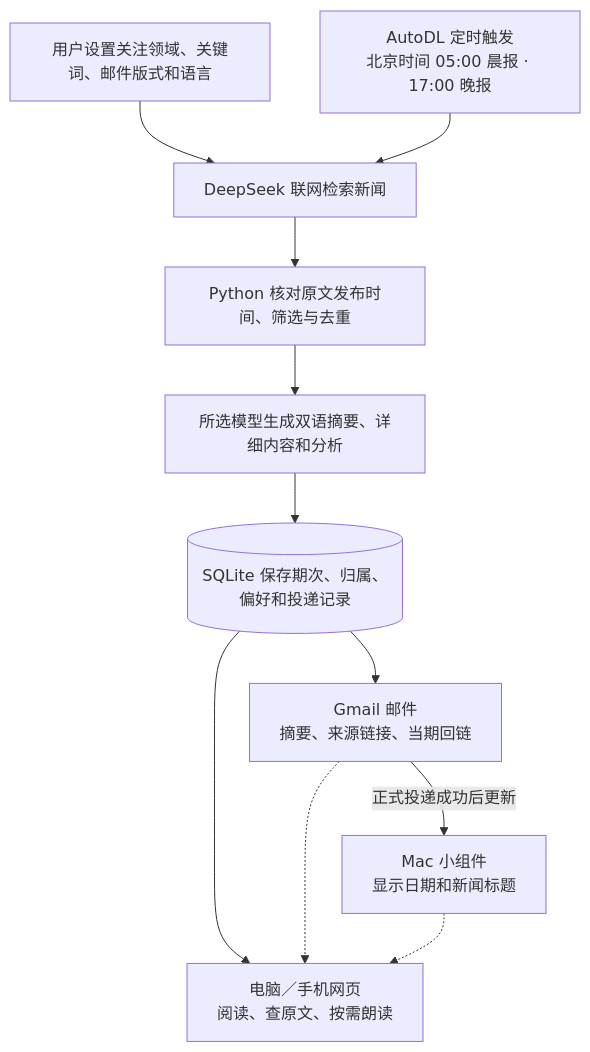
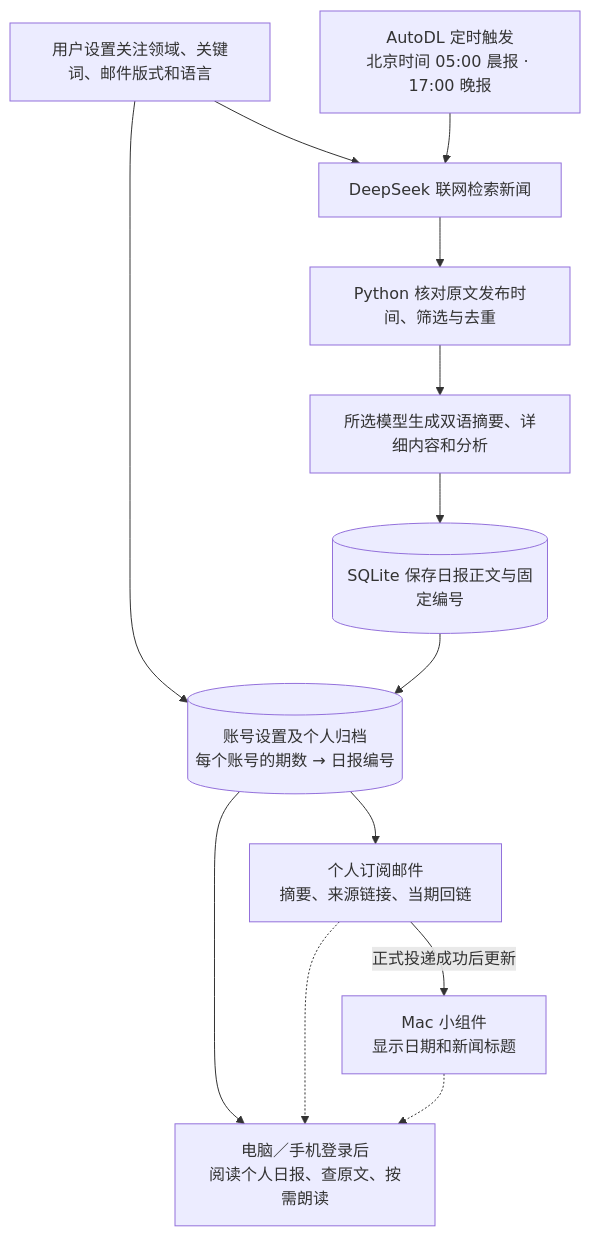
One commit to luminoso909/commute-digest changed the diagram in docs/通勤晨报项目汇报框架.md. Above: the diagram before and after it, drawn with Mermaid. The commit also changed other lines of this file and 20 other files, not shown here.

````diff
--- a/docs/通勤晨报项目汇报框架.md
+++ b/docs/通勤晨报项目汇报框架.md
@@ -9,13 +9,15 @@
 ```mermaid
 flowchart TD
     A["用户设置关注领域、关键词、邮件版式和语言"] --> C
     B["AutoDL 定时触发<br/>北京时间 05:00 晨报 · 17:00 晚报"] --> C
     C["DeepSeek 联网检索新闻"] --> D["Python 核对原文发布时间、筛选与去重"]
     D --> E["所选模型生成双语摘要、详细内容和分析"]
-    E --> F[("SQLite 保存期次、归属、偏好和投递记录")]
-    F --> G["电脑／手机网页<br/>阅读、查原文、按需朗读"]
-    F --> H["Gmail 邮件<br/>摘要、来源链接、当期回链"]
+    E --> F[("SQLite 保存日报正文与固定编号")]
+    A --> J[("账号设置及个人归档<br/>每个账号的期数 → 日报编号")]
+    F --> J
+    J --> G["电脑／手机登录后<br/>阅读个人日报、查原文、按需朗读"]
+    J --> H["个人订阅邮件<br/>摘要、来源链接、当期回链"]
     H -->|正式投递成功后更新| I["Mac 小组件<br/>显示日期和新闻标题"]
     H -.-> G
     I -.-> G
 ```
````
